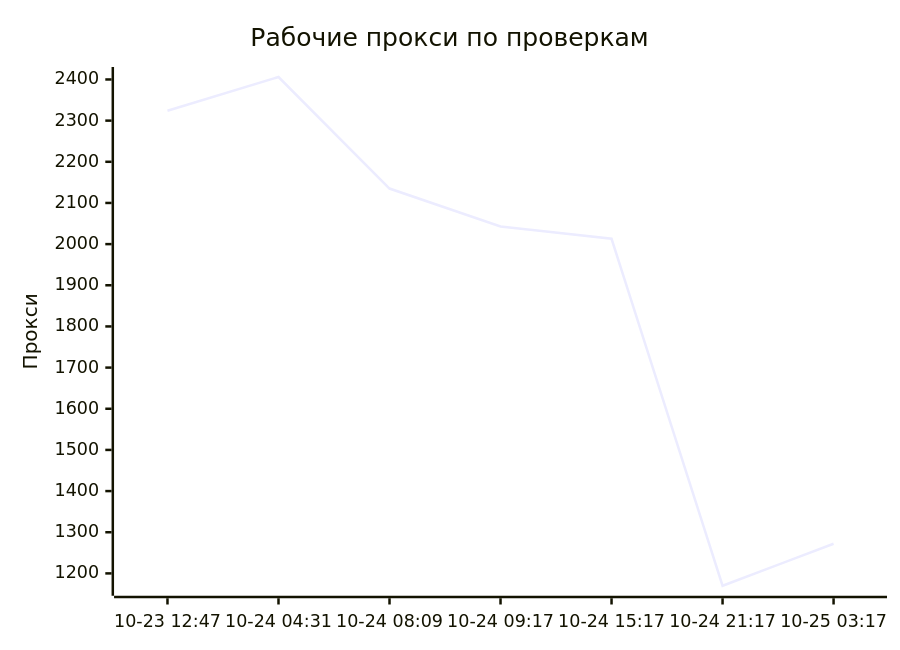
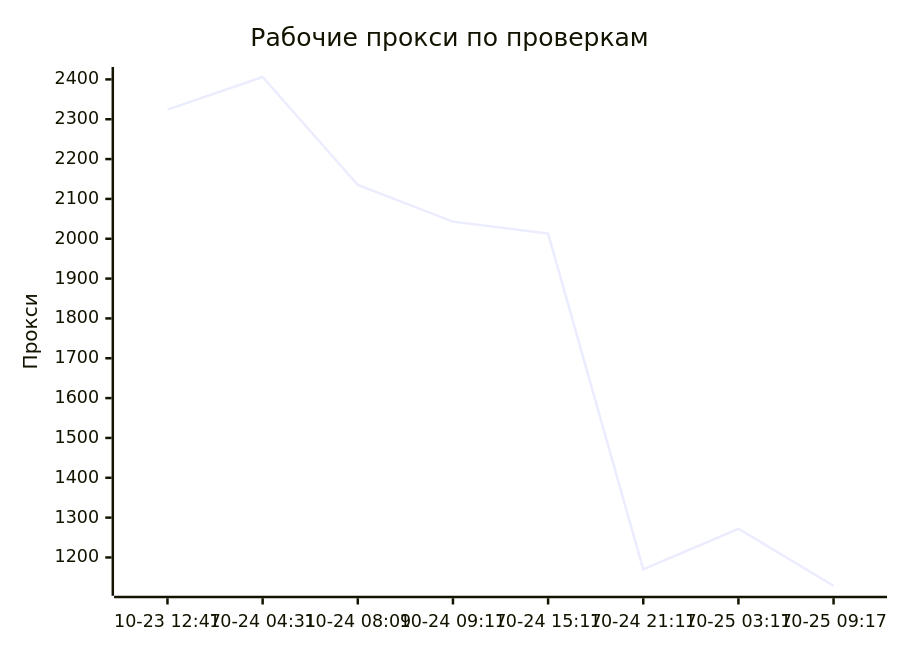
Before and after one commit to rvvg/proxy-subs: the first of 4 diagrams in README.md, drawn with Mermaid. The commit also changed other lines of this file and 52 other files, not shown here.

````diff
--- a/README.md
+++ b/README.md
@@ -122,7 +124,7 @@
 ```mermaid
 xychart-beta
     title "Рабочие прокси по проверкам"
-    x-axis ["10-23 12:47", "10-24 04:31", "10-24 08:09", "10-24 09:17", "10-24 15:17", "10-24 21:17", "10-25 03:17"]
+    x-axis ["10-23 12:47", "10-24 04:31", "10-24 08:09", "10-24 09:17", "10-24 15:17", "10-24 21:17", "10-25 03:17", "10-25 09:17"]
     y-axis "Прокси"
-    line [2324, 2406, 2135, 2043, 2013, 1170, 1272]
+    line [2324, 2406, 2135, 2043, 2013, 1170, 1272, 1129]
 ```
````
